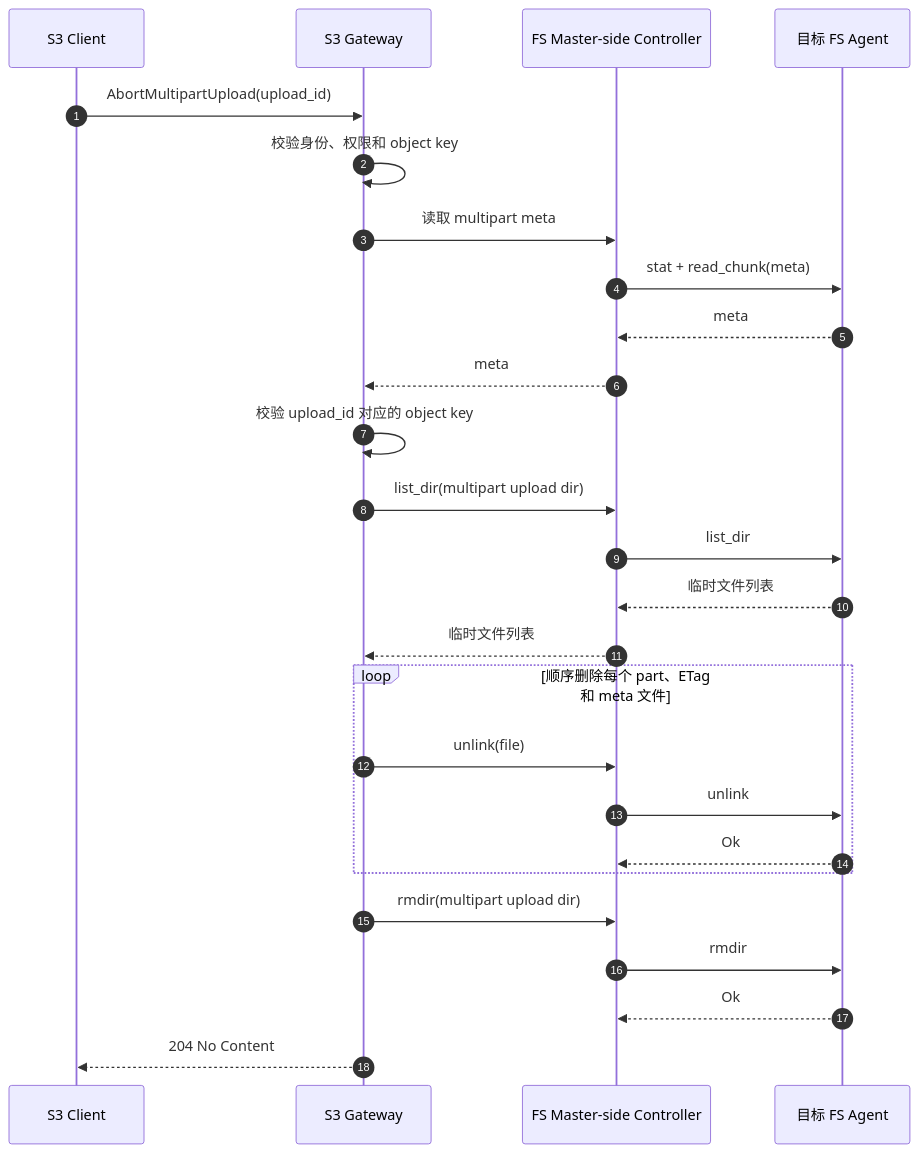
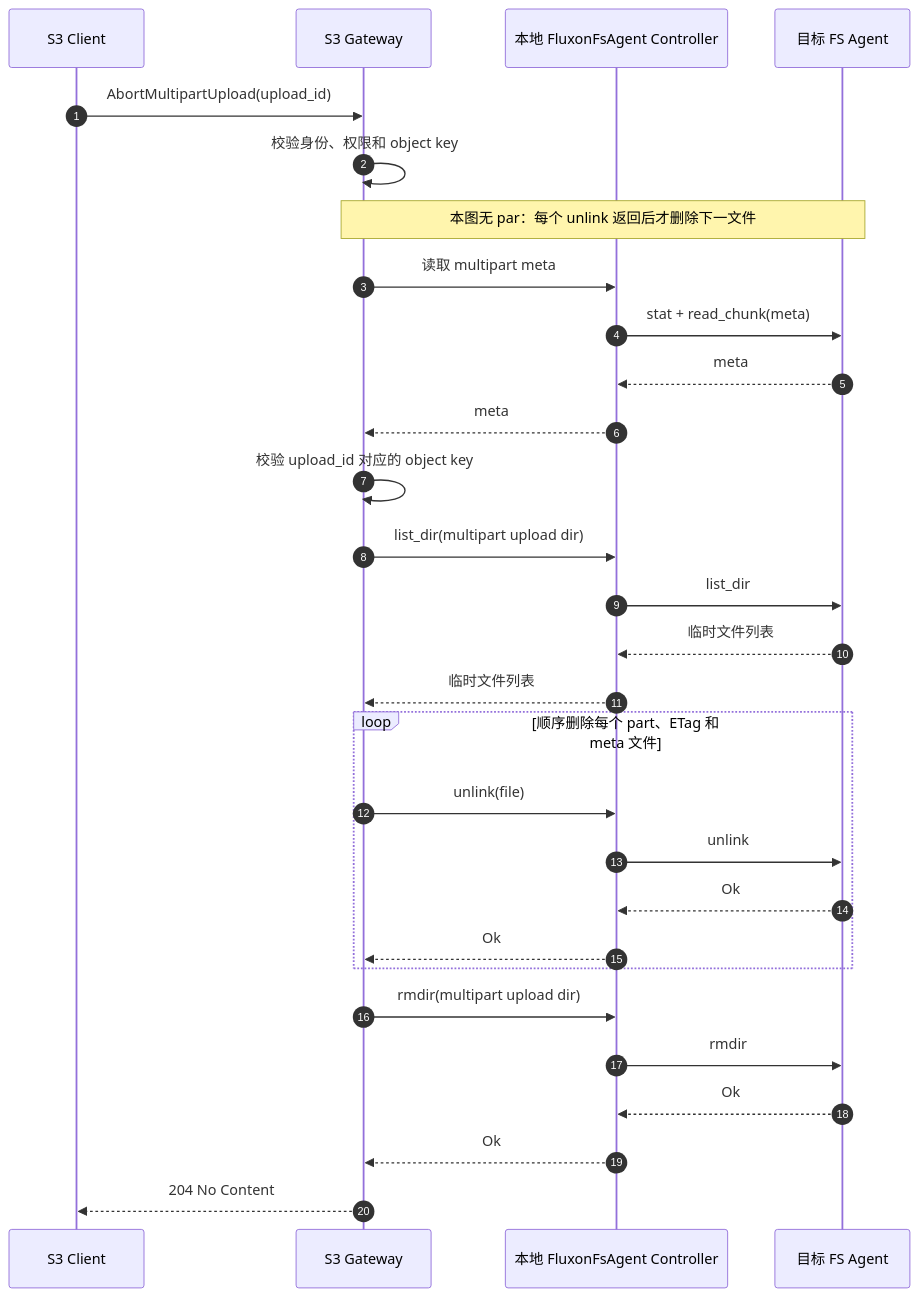
Before and after one commit to Tele-AI/Fluxon: the fifth of 20 diagrams in fluxon_doc_cn/design/fs_s3_1_混合写入链路.md, drawn with Mermaid. The commit also changed other lines of this file and 6 other files, not shown here.

````diff
--- a/fluxon_doc_cn/design/fs_s3_1_混合写入链路.md
+++ b/fluxon_doc_cn/design/fs_s3_1_混合写入链路.md
@@ -254,29 +320,32 @@
 ```mermaid
 sequenceDiagram
     autonumber
     participant U as S3 Client
     participant G as S3 Gateway
-    participant C as FS Master-side Controller
+    participant C as 本地 FluxonFsAgent Controller
     participant A as 目标 FS Agent
 
     U->>G: AbortMultipartUpload(upload_id)
     G->>G: 校验身份、权限和 object key
+    Note over G,A: 本图无 par：每个 unlink 返回后才删除下一文件
     G->>C: 读取 multipart meta
     C->>A: stat + read_chunk(meta)
     A-->>C: meta
     C-->>G: meta
     G->>G: 校验 upload_id 对应的 object key
     G->>C: list_dir(multipart upload dir)
     C->>A: list_dir
     A-->>C: 临时文件列表
     C-->>G: 临时文件列表
     loop 顺序删除每个 part、ETag 和 meta 文件
         G->>C: unlink(file)
         C->>A: unlink
         A-->>C: Ok
+        C-->>G: Ok
     end
     G->>C: rmdir(multipart upload dir)
     C->>A: rmdir
     A-->>C: Ok
+    C-->>G: Ok
     G-->>U: 204 No Content
 ```
````
